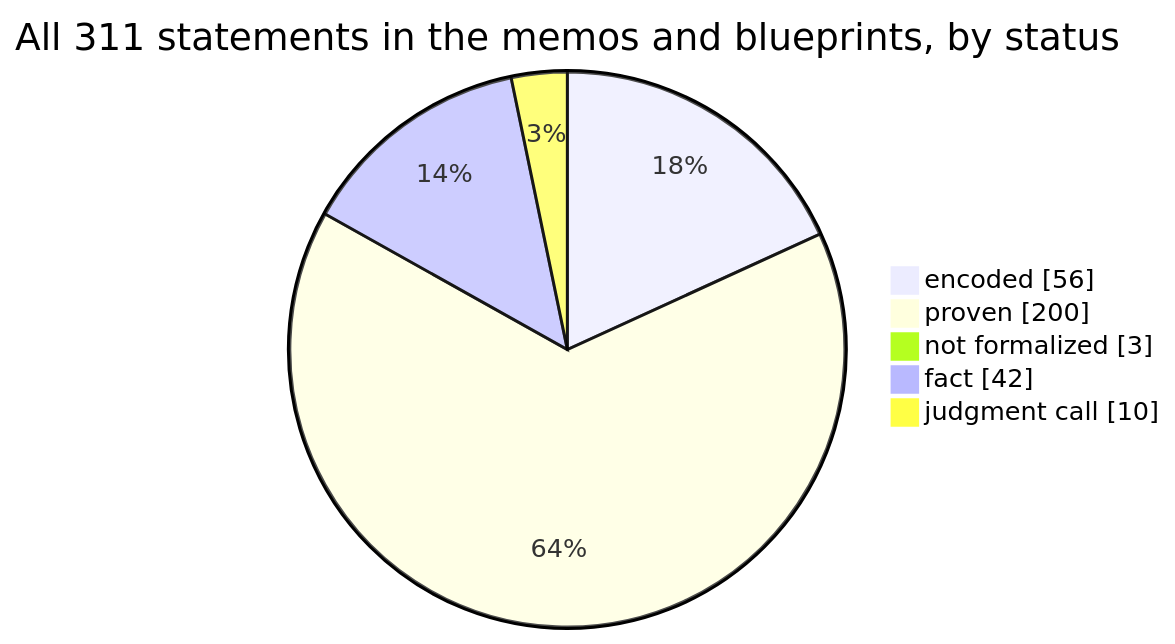
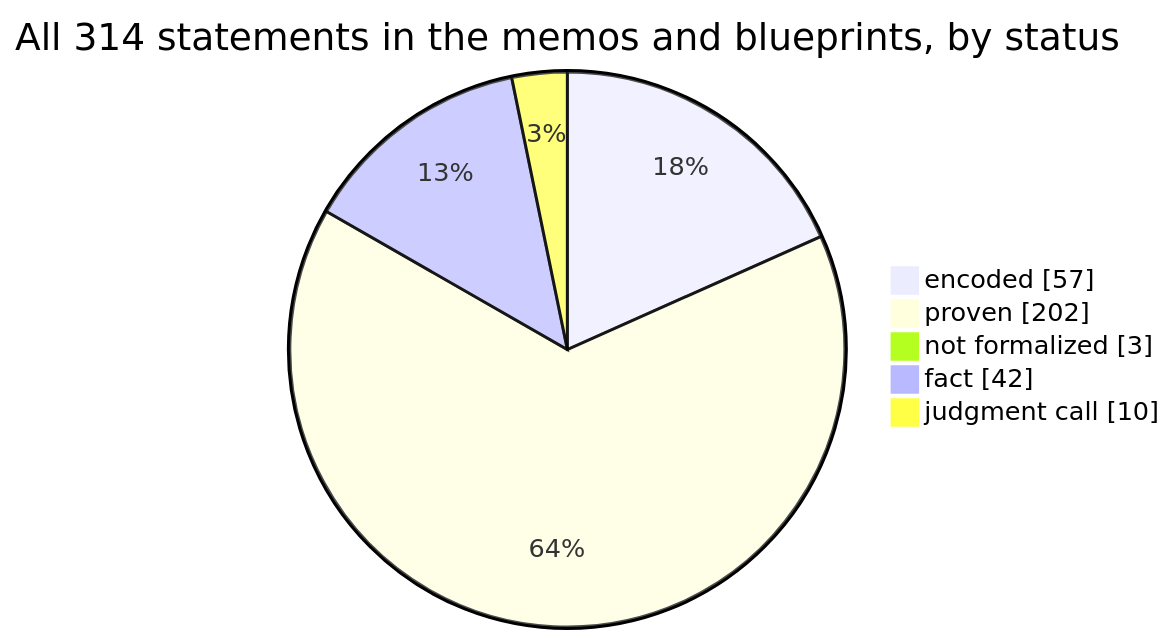
The first of 4 diagrams in docs/graphs/dashboard.md (SeanWMurray/Canteen), drawn with Mermaid before and after one commit. The commit also changed other lines of this file and 26 other files, not shown here.

````diff
--- a/docs/graphs/dashboard.md
+++ b/docs/graphs/dashboard.md
@@ -11,8 +11,8 @@
 ```mermaid
-pie showData title All 311 statements in the memos and blueprints, by status
-    "encoded" : 56
-    "proven" : 200
+pie showData title All 314 statements in the memos and blueprints, by status
+    "encoded" : 57
+    "proven" : 202
     "not formalized" : 3
     "fact" : 42
     "judgment call" : 10
 ```
````
